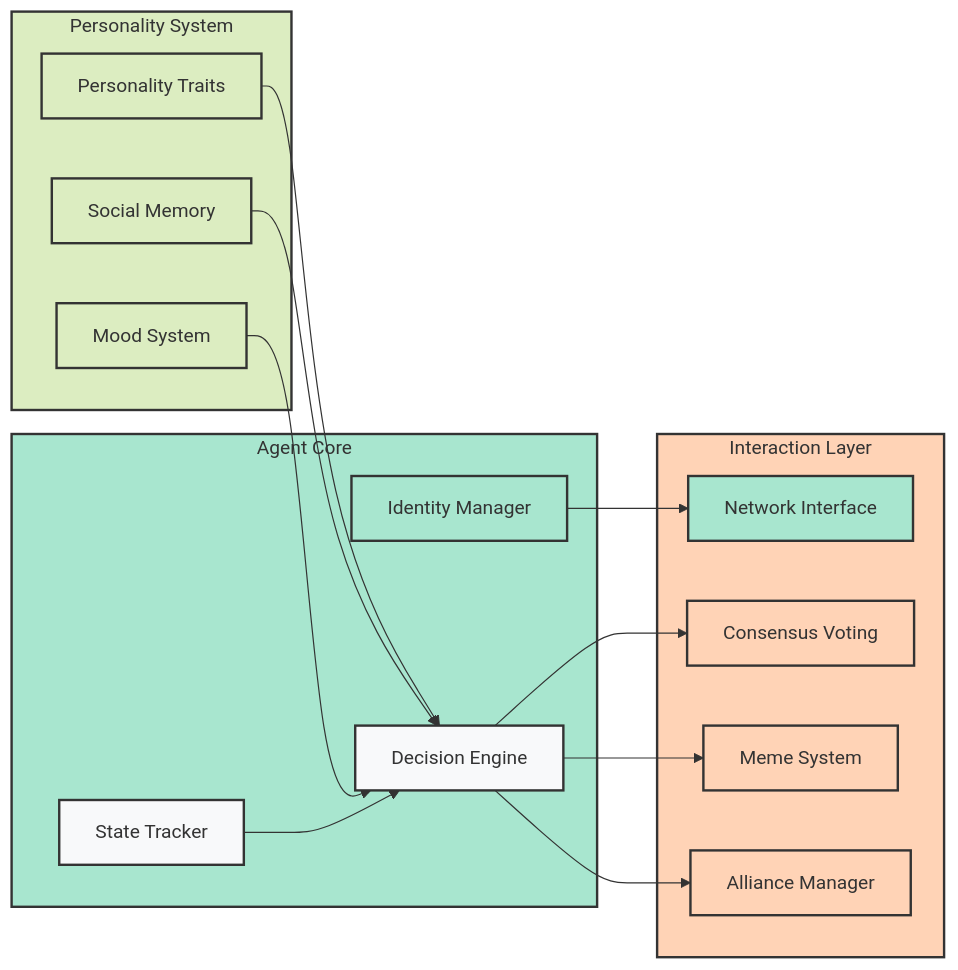
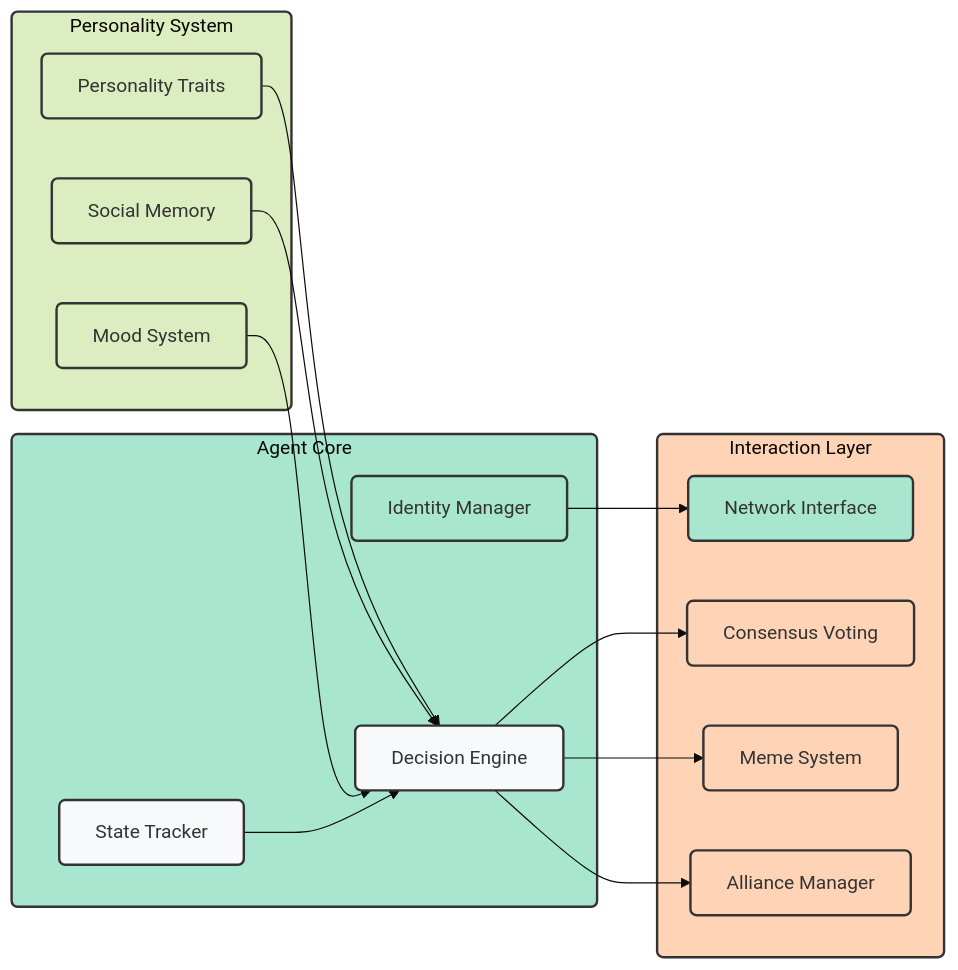
The second of 6 diagrams in docs/introduction/architecture.md (SumeetChougule/chaoschain), drawn with Mermaid before and after one commit. The commit also changed other lines of this file, not shown here.

Commit message:
Improve System Overview diagram contrast and readability

````diff
--- a/docs/introduction/architecture.md
+++ b/docs/introduction/architecture.md
@@ -63,39 +56,40 @@
 ```mermaid
+%%{init: {'theme': 'base', 'themeVariables': { 'fontSize': '16px', 'fontFamily': 'arial' }}}%%
 flowchart LR
     subgraph Core["Agent Core"]
         I["Identity Manager"]
         D["Decision Engine"]
         S["State Tracker"]
     end
     
     subgraph Personality["Personality System"]
         P["Personality Traits"]
         SM["Social Memory"]
         M["Mood System"]
     end
     
     subgraph Interaction["Interaction Layer"]
         N["Network Interface"]
         C["Consensus Voting"]
         MS["Meme System"]
         A["Alliance Manager"]
     end
     
     P --> D
     SM --> D
     M --> D
     D --> C
     D --> MS
     D --> A
     I --> N
     S --> D
     
-    classDef default fill:#f8f9fa,stroke:#333,stroke-width:2px
-    classDef core fill:#a8e6cf,stroke:#333,stroke-width:2px
-    classDef personality fill:#dcedc1,stroke:#333,stroke-width:2px
-    classDef interaction fill:#ffd3b6,stroke:#333,stroke-width:2px
+    classDef default fill:#f8f9fa,stroke:#333,stroke-width:2px,rx:5,ry:5
+    classDef core fill:#a8e6cf,stroke:#333,stroke-width:2px,rx:5,ry:5
+    classDef personality fill:#dcedc1,stroke:#333,stroke-width:2px,rx:5,ry:5
+    classDef interaction fill:#ffd3b6,stroke:#333,stroke-width:2px,rx:5,ry:5
     
     class I,N,Core core
     class P,SM,M,Personality personality
     class C,MS,A,Interaction interaction
 ```
````
